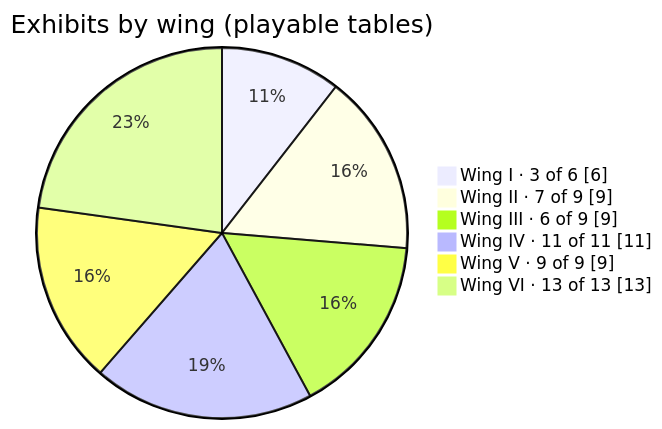
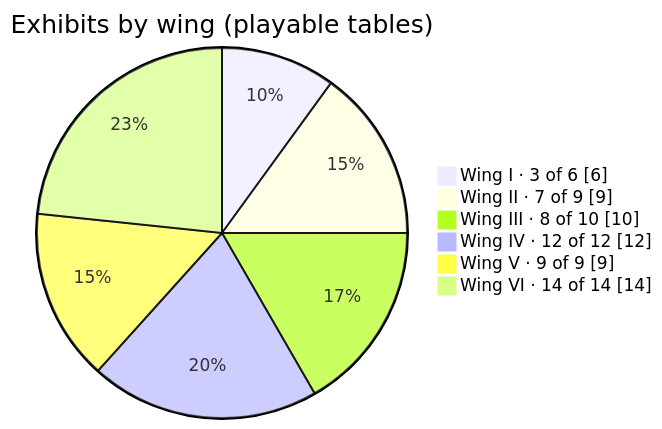
Before and after one commit to CptNope/Librarium-Archives: the first of 8 diagrams in docs/exhibits.md, drawn with Mermaid. The commit also changed other lines of this file and 14 other files, not shown here.

````diff
--- a/docs/exhibits.md
+++ b/docs/exhibits.md
@@ -7,10 +7,10 @@
 ```mermaid
 pie showData
     title Exhibits by wing (playable tables)
     "Wing I · 3 of 6" : 6
     "Wing II · 7 of 9" : 9
-    "Wing III · 6 of 9" : 9
-    "Wing IV · 11 of 11" : 11
+    "Wing III · 8 of 10" : 10
+    "Wing IV · 12 of 12" : 12
     "Wing V · 9 of 9" : 9
-    "Wing VI · 13 of 13" : 13
+    "Wing VI · 14 of 14" : 14
 ```
````
